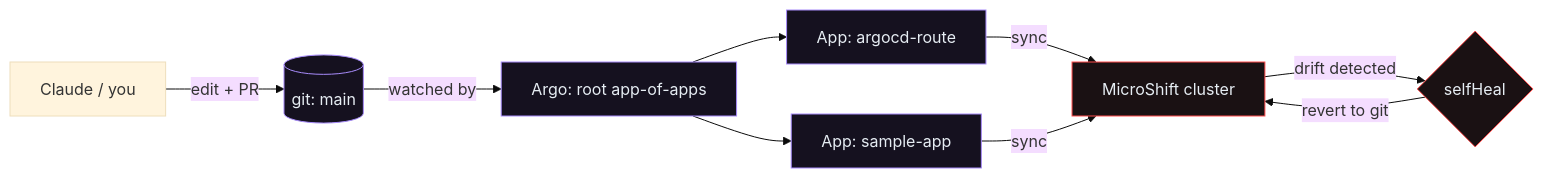
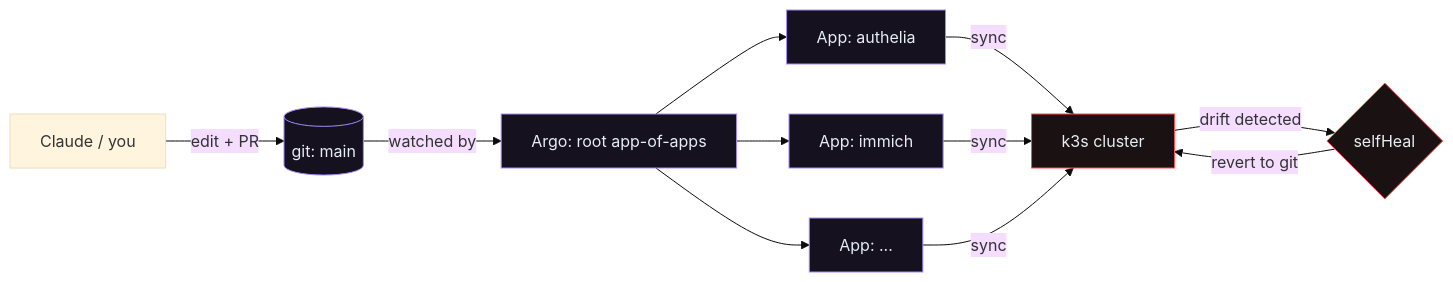
One commit to swares/HomeLab changed the first of 3 diagrams in docs/ARCHITECTURE.md. Above: the diagram before and after it, drawn with Mermaid (base theme). The commit also changed other lines of this file and 1 other file, not shown here.

First line of the commit message:
docs: update ARCHITECTURE, SERVICES, LAB-URLS for k3s/lldap/Authelia

````diff
--- a/docs/ARCHITECTURE.md
+++ b/docs/ARCHITECTURE.md
@@ -45,14 +45,15 @@
 ```mermaid
 flowchart LR
     C[Claude / you] -->|edit + PR| G[(git: main)]
     G -->|watched by| R[Argo: root app-of-apps]
-    R --> A1[App: argocd-route]
-    R --> A2[App: sample-app]
-    A1 & A2 -->|sync| K[MicroShift cluster]
+    R --> A1[App: authelia]
+    R --> A2[App: immich]
+    R --> A3[App: ...]
+    A1 & A2 & A3 -->|sync| K[k3s cluster]
     K -->|drift detected| H{selfHeal}
     H -->|revert to git| K
     classDef g fill:#15111f,stroke:#a78bfa,color:#e6edf3;
     classDef k fill:#1a1113,stroke:#ff4d4d,color:#e6edf3;
-    class G,R,A1,A2 g;
+    class G,R,A1,A2,A3 g;
     class K,H k;
 ```
````
